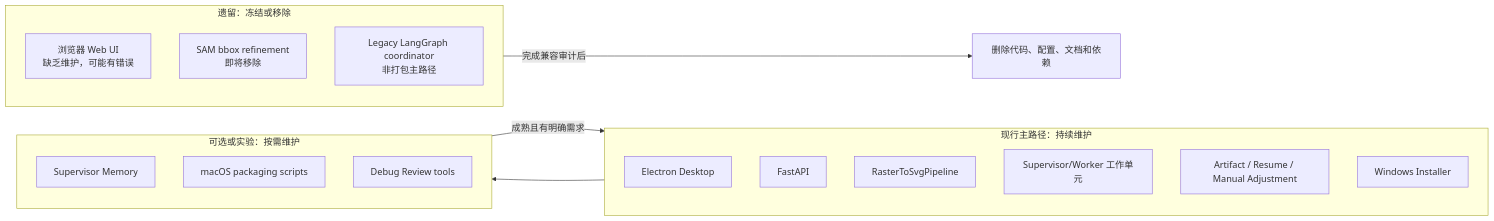
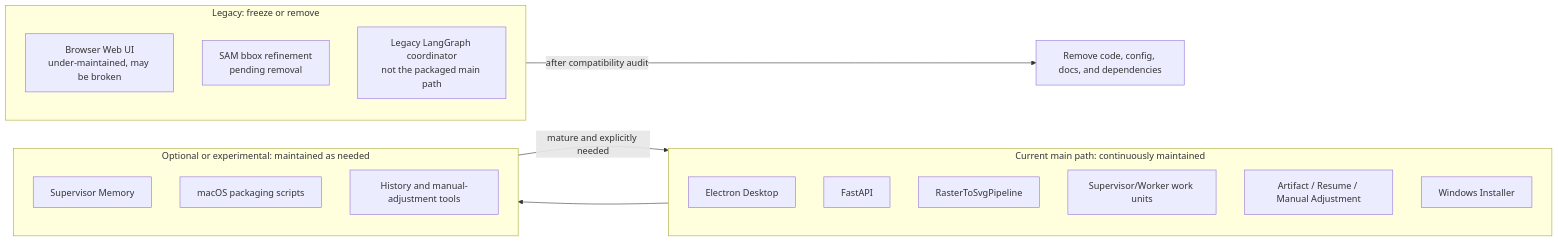
The first of 3 diagrams in architecture-summary/06-maintenance-and-evolution.md (PeiXingXie/Raster2SVG-Demo), drawn with Mermaid before and after one commit. The commit also changed other lines of this file and 14 other files, not shown here.

````diff
--- a/architecture-summary/06-maintenance-and-evolution.md
+++ b/architecture-summary/06-maintenance-and-evolution.md
@@ -5,27 +5,27 @@
 ```mermaid
 flowchart LR
-    subgraph Active["现行主路径：持续维护"]
+    subgraph Active["Current main path: continuously maintained"]
         A1["Electron Desktop"]
         A2["FastAPI"]
         A3["RasterToSvgPipeline"]
-        A4["Supervisor/Worker 工作单元"]
+        A4["Supervisor/Worker work units"]
         A5["Artifact / Resume / Manual Adjustment"]
         A6["Windows Installer"]
     end
 
-    subgraph Optional["可选或实验：按需维护"]
+    subgraph Optional["Optional or experimental: maintained as needed"]
         O1["Supervisor Memory"]
         O2["macOS packaging scripts"]
-        O3["Debug Review tools"]
+        O3["History and manual-adjustment tools"]
     end
 
-    subgraph Legacy["遗留：冻结或移除"]
-        L1["浏览器 Web UI<br/>缺乏维护，可能有错误"]
-        L2["SAM bbox refinement<br/>即将移除"]
-        L3["Legacy LangGraph coordinator<br/>非打包主路径"]
+    subgraph Legacy["Legacy: freeze or remove"]
+        L1["Browser Web UI<br/>under-maintained, may be broken"]
+        L2["SAM bbox refinement<br/>pending removal"]
+        L3["Legacy LangGraph coordinator<br/>not the packaged main path"]
     end
 
     Active --> Optional
-    Optional -->|"成熟且有明确需求"| Active
-    Legacy -->|"完成兼容审计后"| Removed["删除代码、配置、文档和依赖"]
+    Optional -->|"mature and explicitly needed"| Active
+    Legacy -->|"after compatibility audit"| Removed["Remove code, config, docs, and dependencies"]
 ```
````
